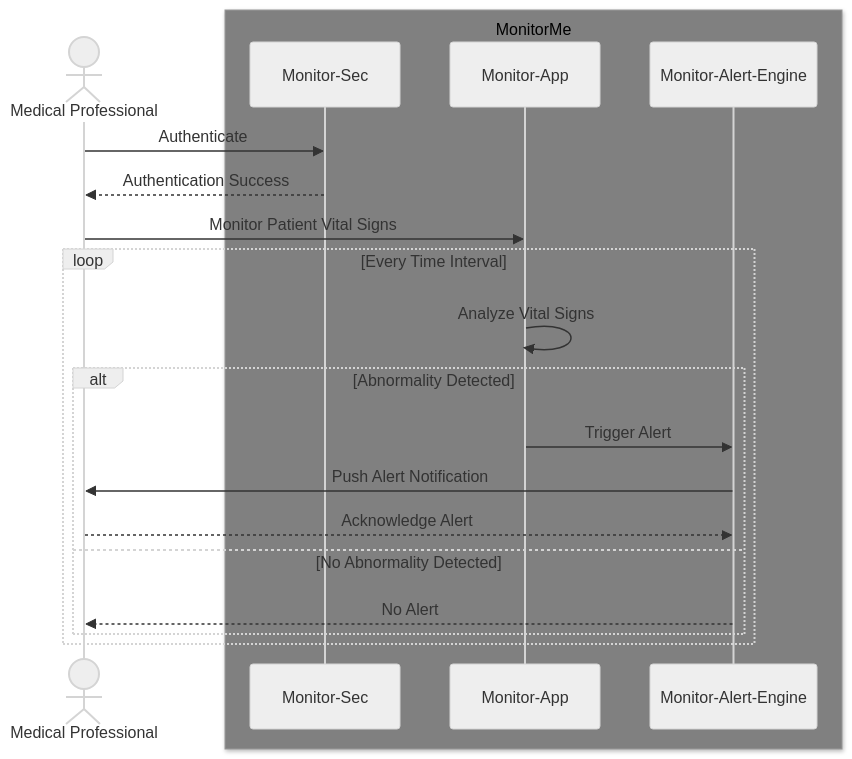
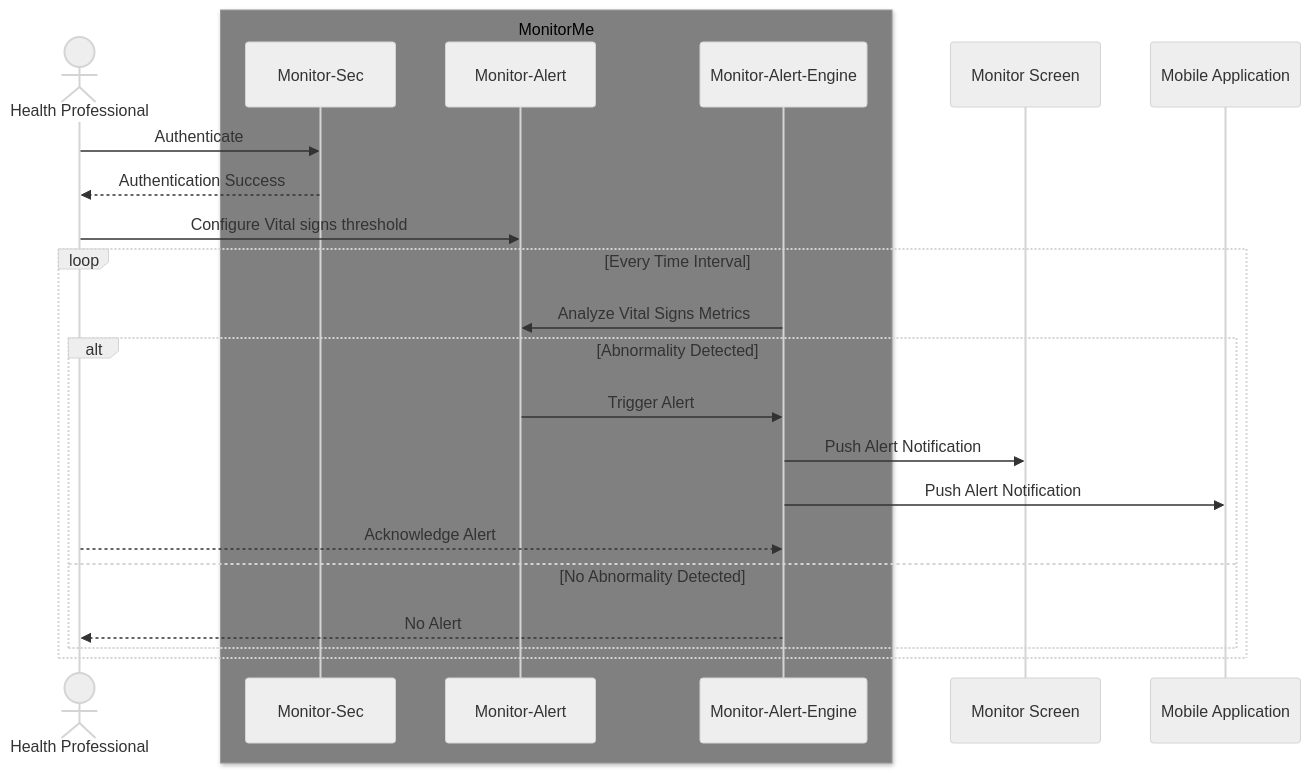
The fourth of 4 diagrams in 2.DetailedSolution/2.ProposedScenarios.md (gael-jurin/ARTIK), drawn with Mermaid (neutral theme) before and after one commit. The commit also changed other lines of this file, not shown here.

````diff
--- a/2.DetailedSolution/2.ProposedScenarios.md
+++ b/2.DetailedSolution/2.ProposedScenarios.md
@@ -120,22 +125,23 @@
 ```mermaid
 sequenceDiagram
-    actor Medical Professional
+    actor Health Professional
     box Gray MonitorMe
     participant Monitor-Sec 
-    participant Monitor-App 
+    participant Monitor-Alert 
     participant Monitor-Alert-Engine 
     end
-    Medical Professional ->> Monitor-Sec: Authenticate
-    Monitor-Sec -->> Medical Professional: Authentication Success
-    Medical Professional ->> Monitor-App: Monitor Patient Vital Signs
+    Health Professional ->> Monitor-Sec: Authenticate
+    Monitor-Sec -->> Health Professional: Authentication Success
+    Health Professional ->> Monitor-Alert: Configure Vital signs threshold
     loop Every Time Interval
-        Monitor-App ->> Monitor-App: Analyze Vital Signs
+        Monitor-Alert-Engine ->> Monitor-Alert: Analyze Vital Signs Metrics
         alt Abnormality Detected
-            Monitor-App ->> Monitor-Alert-Engine: Trigger Alert
-            Monitor-Alert-Engine ->> Medical Professional: Push Alert Notification
-            Medical Professional -->> Monitor-Alert-Engine: Acknowledge Alert
+            Monitor-Alert ->> Monitor-Alert-Engine: Trigger Alert
+            Monitor-Alert-Engine ->> Monitor Screen: Push Alert Notification
+            Monitor-Alert-Engine ->> Mobile Application: Push Alert Notification
+            Health Professional -->> Monitor-Alert-Engine: Acknowledge Alert
         else No Abnormality Detected
-            Monitor-Alert-Engine -->> Medical Professional: No Alert
+            Monitor-Alert-Engine -->> Health Professional: No Alert
         end
     end
 ```
````
